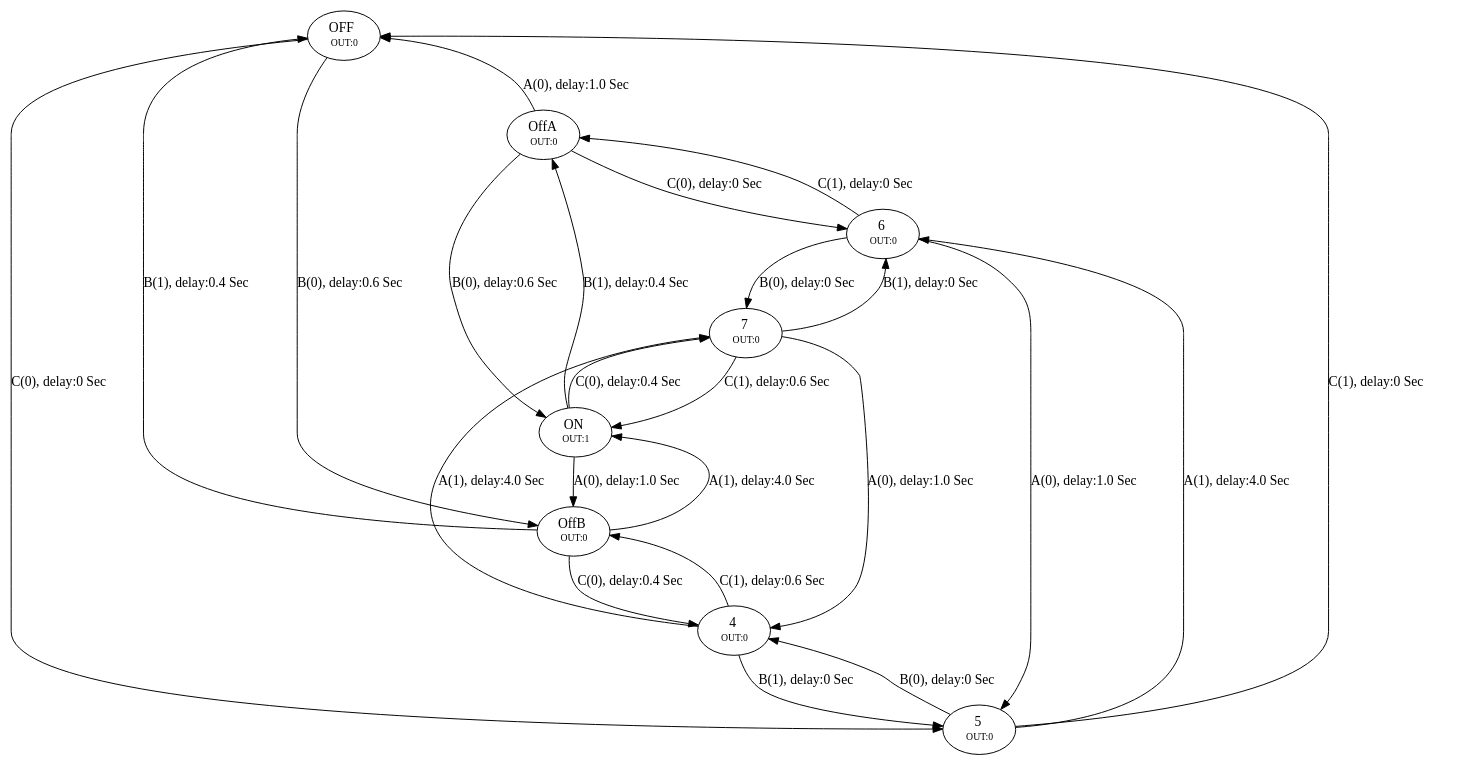
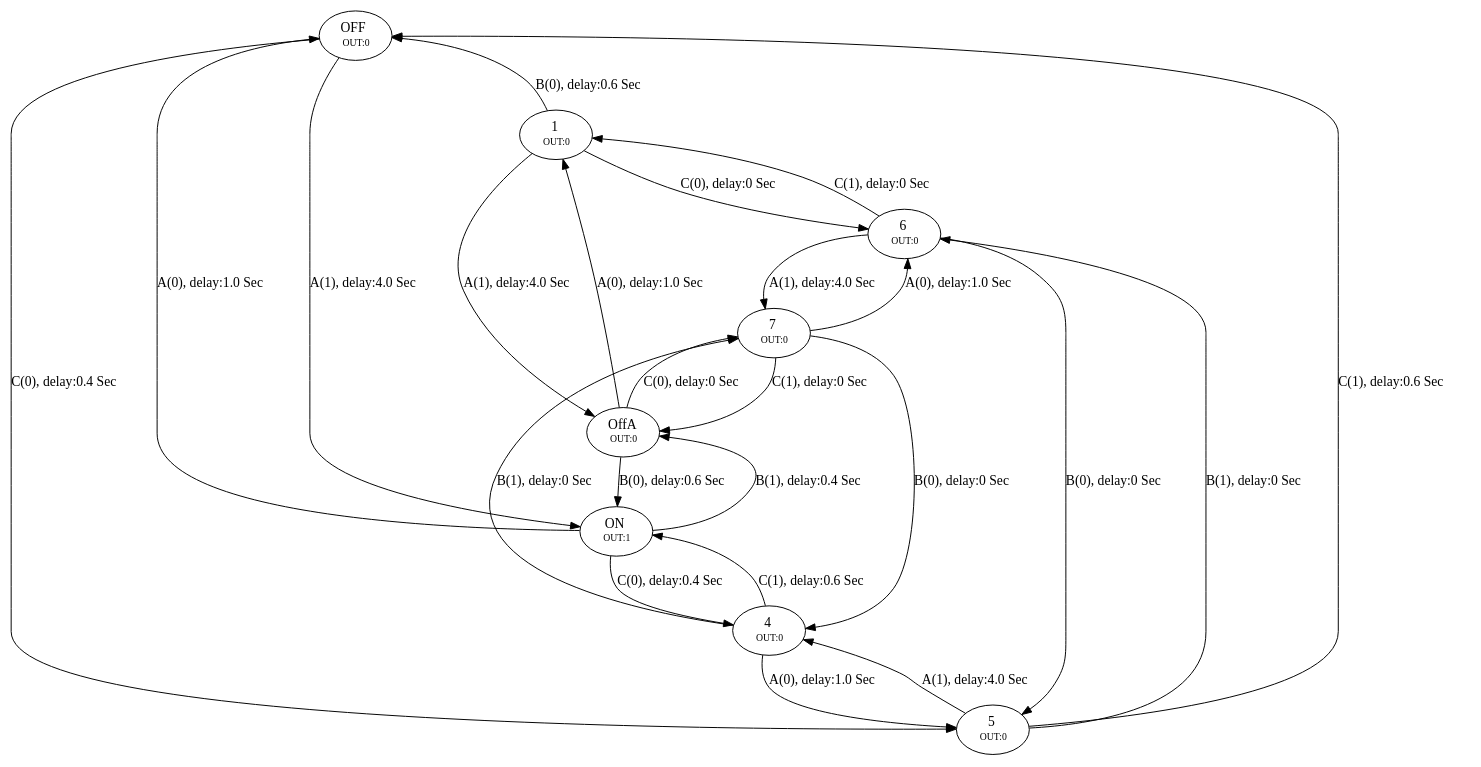
The diagram in animation/ExploredModel.dot (sundr007/Model-Based-Test-Generator), drawn with Graphviz before and after one commit. The commit also changed 49 other files, not shown here.

```diff
--- a/animation/ExploredModel.dot
+++ b/animation/ExploredModel.dot
@@ -1,40 +1,40 @@
 digraph ExploredModel {
 K=2;
 overlap=scale;
 
   // Nodes
   OFF [ style=filled, shape=ellipse,penwidth = 1, peripheries=1, fillcolor=white, color=black, fontcolor=black , label=<OFF<BR/> <FONT POINT-SIZE="10">OUT:0</FONT>>]
+  1 [ style=filled, shape=ellipse,penwidth = 1, peripheries=1, fillcolor=white, color=black, fontcolor=black , label=<1<BR/> <FONT POINT-SIZE="10">OUT:0</FONT>>]
   OffA [ style=filled, shape=ellipse,penwidth = 1, peripheries=1, fillcolor=white, color=black, fontcolor=black , label=<OffA<BR/> <FONT POINT-SIZE="10">OUT:0</FONT>>]
   ON [ style=filled, shape=ellipse,penwidth = 1, peripheries=1, fillcolor=white, color=black, fontcolor=black , label=<ON<BR/> <FONT POINT-SIZE="10">OUT:1</FONT>>]
-  OffB [ style=filled, shape=ellipse,penwidth = 1, peripheries=1, fillcolor=white, color=black, fontcolor=black , label=<OffB<BR/> <FONT POINT-SIZE="10">OUT:0</FONT>>]
   4 [ style=filled, shape=ellipse,penwidth = 1, peripheries=1, fillcolor=white, color=black, fontcolor=black , label=<4<BR/> <FONT POINT-SIZE="10">OUT:0</FONT>>]
   5 [ style=filled, shape=ellipse,penwidth = 1, peripheries=1, fillcolor=white, color=black, fontcolor=black , label=<5<BR/> <FONT POINT-SIZE="10">OUT:0</FONT>>]
   6 [ style=filled, shape=ellipse,penwidth = 1, peripheries=1, fillcolor=white, color=black, fontcolor=black , label=<6<BR/> <FONT POINT-SIZE="10">OUT:0</FONT>>]
   7 [ style=filled, shape=ellipse,penwidth = 1, peripheries=1, fillcolor=white, color=black, fontcolor=black , label=<7<BR/> <FONT POINT-SIZE="10">OUT:0</FONT>>]
 
   // Transitions
-  OFF -> OffA [ penwidth = 1,label=<A(1), delay:4.0 Sec>, color=black, fontcolor=black ,style=invis]
-  OffA -> OFF [ penwidth = 1,label=<A(0), delay:1.0 Sec>, color=black, fontcolor=black ]
+  OFF -> 1 [ penwidth = 1,label=<B(1), delay:0.4 Sec>, color=black, fontcolor=black ,style=invis]
+  1 -> OFF [ penwidth = 1,label=<B(0), delay:0.6 Sec>, color=black, fontcolor=black ]
+  1 -> OffA [ penwidth = 1,label=<A(1), delay:4.0 Sec>, color=black, fontcolor=black ]
+  OffA -> 1 [ penwidth = 1,label=<A(0), delay:1.0 Sec>, color=black, fontcolor=black ]
   OffA -> ON [ penwidth = 1,label=<B(0), delay:0.6 Sec>, color=black, fontcolor=black ]
+  ON -> OFF [ penwidth = 1,label=<A(0), delay:1.0 Sec>, color=black, fontcolor=black ]
   ON -> OffA [ penwidth = 1,label=<B(1), delay:0.4 Sec>, color=black, fontcolor=black ]
-  ON -> OffB [ penwidth = 1,label=<A(0), delay:1.0 Sec>, color=black, fontcolor=black ]
-  OffB -> OFF [ penwidth = 1,label=<B(1), delay:0.4 Sec>, color=black, fontcolor=black ]
-  OffB -> ON [ penwidth = 1,label=<A(1), delay:4.0 Sec>, color=black, fontcolor=black ]
-  OffB -> 4 [ penwidth = 1,label=<C(0), delay:0.4 Sec>, color=black, fontcolor=black ]
-  4 -> 5 [ penwidth = 1,label=<B(1), delay:0 Sec>, color=black, fontcolor=black ]
-  5 -> 6 [ penwidth = 1,label=<A(1), delay:4.0 Sec>, color=black, fontcolor=black ]
-  6 -> OffA [ penwidth = 1,label=<C(1), delay:0 Sec>, color=black, fontcolor=black ]
-  6 -> 5 [ penwidth = 1,label=<A(0), delay:1.0 Sec>, color=black, fontcolor=black ]
-  6 -> 7 [ penwidth = 1,label=<B(0), delay:0 Sec>, color=black, fontcolor=black ]
-  7 -> 6 [ penwidth = 1,label=<B(1), delay:0 Sec>, color=black, fontcolor=black ]
-  7 -> ON [ penwidth = 1,label=<C(1), delay:0.6 Sec>, color=black, fontcolor=black ]
-  7 -> 4 [ penwidth = 1,label=<A(0), delay:1.0 Sec>, color=black, fontcolor=black ]
-  5 -> OFF [ penwidth = 1,label=<C(1), delay:0 Sec>, color=black, fontcolor=black ]
-  5 -> 4 [ penwidth = 1,label=<B(0), delay:0 Sec>, color=black, fontcolor=black ]
-  4 -> 7 [ penwidth = 1,label=<A(1), delay:4.0 Sec>, color=black, fontcolor=black ]
-  4 -> OffB [ penwidth = 1,label=<C(1), delay:0.6 Sec>, color=black, fontcolor=black ]
-  ON -> 7 [ penwidth = 1,label=<C(0), delay:0.4 Sec>, color=black, fontcolor=black ]
-  OffA -> 6 [ penwidth = 1,label=<C(0), delay:0 Sec>, color=black, fontcolor=black ]
-  OFF -> OffB [ penwidth = 1,label=<B(0), delay:0.6 Sec>, color=black, fontcolor=black ]
-  OFF -> 5 [ penwidth = 1,label=<C(0), delay:0 Sec>, color=black, fontcolor=black ]
+  ON -> 4 [ penwidth = 1,label=<C(0), delay:0.4 Sec>, color=black, fontcolor=black ]
+  4 -> 5 [ penwidth = 1,label=<A(0), delay:1.0 Sec>, color=black, fontcolor=black ]
+  5 -> 6 [ penwidth = 1,label=<B(1), delay:0 Sec>, color=black, fontcolor=black ]
+  6 -> 1 [ penwidth = 1,label=<C(1), delay:0 Sec>, color=black, fontcolor=black ]
+  6 -> 5 [ penwidth = 1,label=<B(0), delay:0 Sec>, color=black, fontcolor=black ]
+  6 -> 7 [ penwidth = 1,label=<A(1), delay:4.0 Sec>, color=black, fontcolor=black ]
+  7 -> 6 [ penwidth = 1,label=<A(0), delay:1.0 Sec>, color=black, fontcolor=black ]
+  7 -> OffA [ penwidth = 1,label=<C(1), delay:0 Sec>, color=black, fontcolor=black ]
+  7 -> 4 [ penwidth = 1,label=<B(0), delay:0 Sec>, color=black, fontcolor=black ]
+  5 -> OFF [ penwidth = 1,label=<C(1), delay:0.6 Sec>, color=black, fontcolor=black ]
+  5 -> 4 [ penwidth = 1,label=<A(1), delay:4.0 Sec>, color=black, fontcolor=black ]
+  4 -> 7 [ penwidth = 1,label=<B(1), delay:0 Sec>, color=black, fontcolor=black ]
+  4 -> ON [ penwidth = 1,label=<C(1), delay:0.6 Sec>, color=black, fontcolor=black ]
+  OffA -> 7 [ penwidth = 1,label=<C(0), delay:0 Sec>, color=black, fontcolor=black ]
+  1 -> 6 [ penwidth = 1,label=<C(0), delay:0 Sec>, color=black, fontcolor=black ]
+  OFF -> ON [ penwidth = 1,label=<A(1), delay:4.0 Sec>, color=black, fontcolor=black ]
+  OFF -> 5 [ penwidth = 1,label=<C(0), delay:0.4 Sec>, color=black, fontcolor=black ]
 }
```
